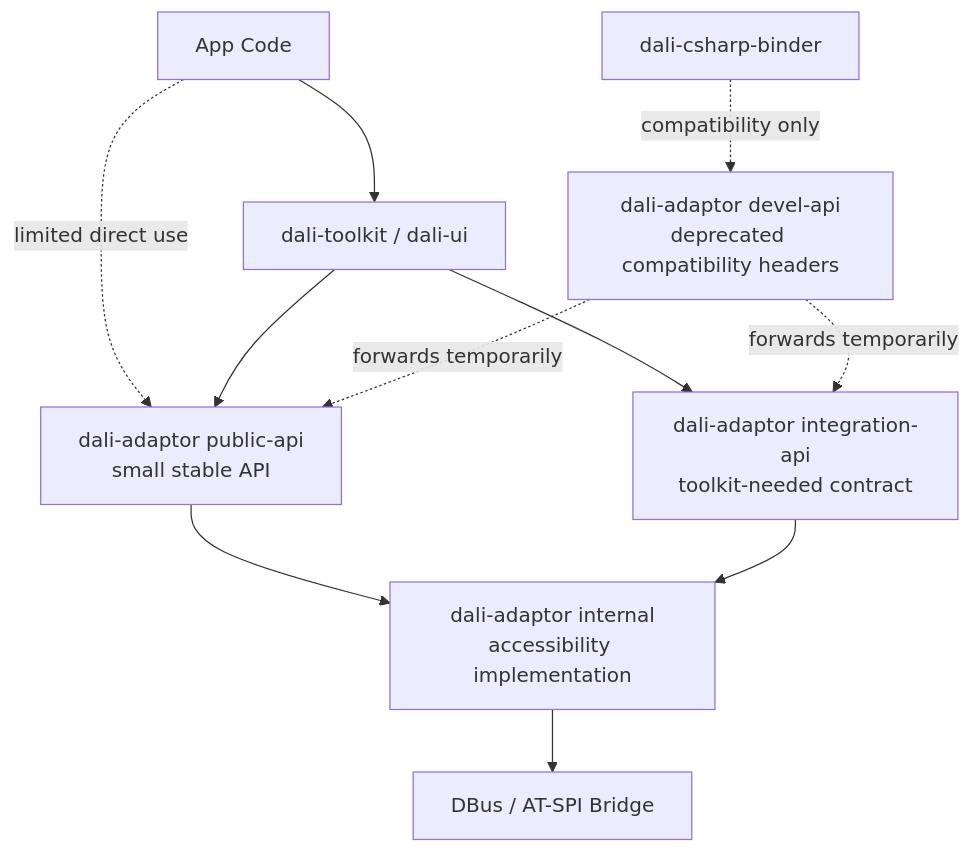
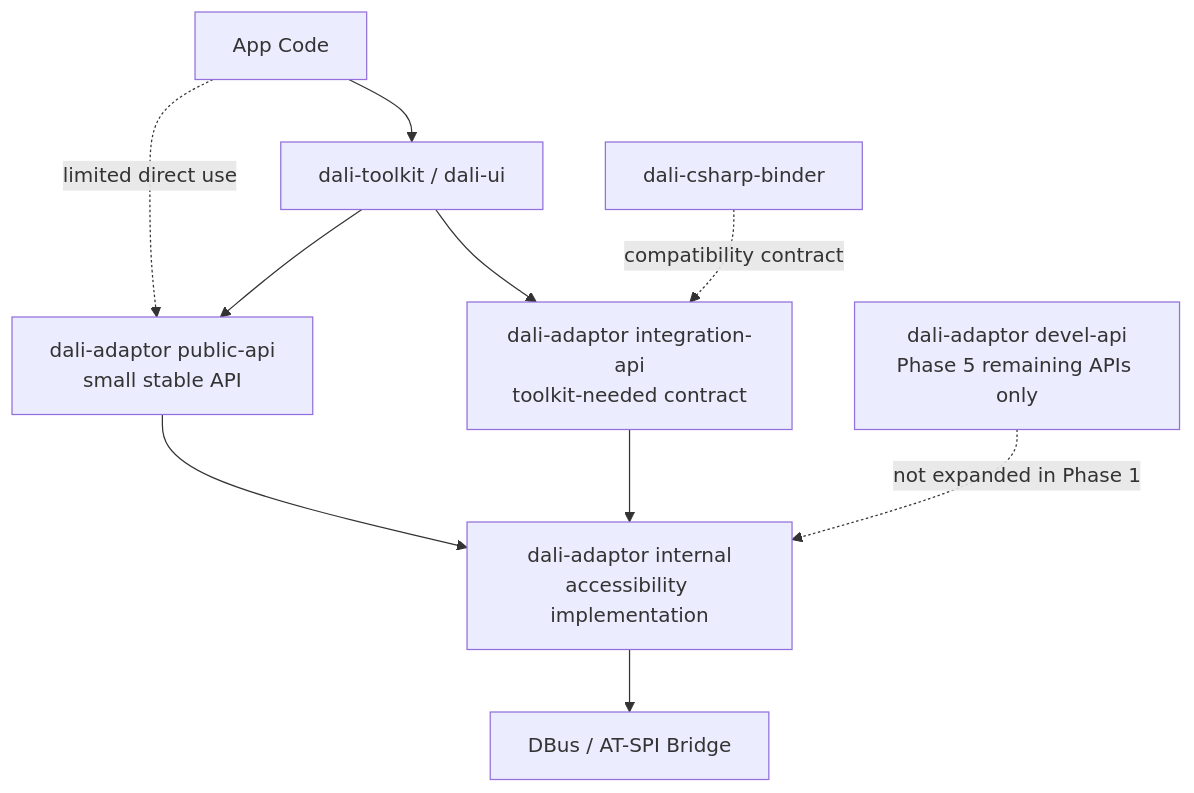
Before and after one commit to bshsqa/AccessibilityRefactoring: the second of 2 diagrams in Phase-1-adaptor-api-minimization.md, drawn with Mermaid. The commit also changed other lines of this file and 1 other file, not shown here.

Commit message:
Update phase 0_1 docs

````diff
--- a/Phase-1-adaptor-api-minimization.md
+++ b/Phase-1-adaptor-api-minimization.md
@@ -116,22 +140,21 @@
 ```mermaid
 flowchart TD
   App[App Code]
   Toolkit[dali-toolkit / dali-ui]
   Binder[dali-csharp-binder]
   AdaptorPublic[dali-adaptor public-api<br/>small stable API]
   AdaptorIntegration[dali-adaptor integration-api<br/>toolkit-needed contract]
-  AdaptorDeprecated[dali-adaptor devel-api<br/>deprecated compatibility headers]
+  AdaptorDevel[dali-adaptor devel-api<br/>Phase 5 remaining APIs only]
   AdaptorInternal[dali-adaptor internal<br/>accessibility implementation]
   DBusBridge[DBus / AT-SPI Bridge]
 
   App --> Toolkit
   App -. limited direct use .-> AdaptorPublic
   Toolkit --> AdaptorPublic
   Toolkit --> AdaptorIntegration
-  Binder -. compatibility only .-> AdaptorDeprecated
+  Binder -. compatibility contract .-> AdaptorIntegration
   AdaptorPublic --> AdaptorInternal
   AdaptorIntegration --> AdaptorInternal
   AdaptorInternal --> DBusBridge
-  AdaptorDeprecated -. forwards temporarily .-> AdaptorPublic
-  AdaptorDeprecated -. forwards temporarily .-> AdaptorIntegration
+  AdaptorDevel -. not expanded in Phase 1 .-> AdaptorInternal
 ```
````
